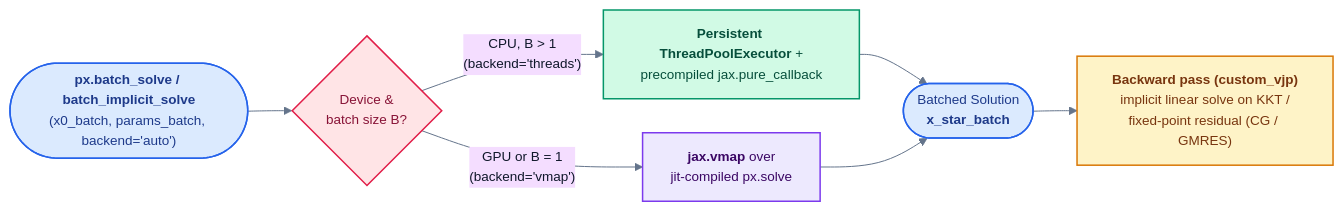
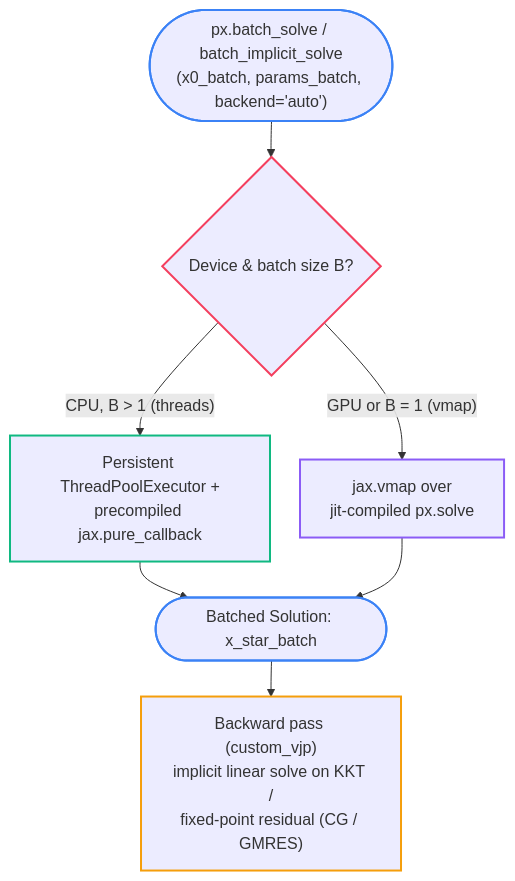
The fourth of 4 diagrams in docs/appendices/software_architecture.md (wwkong/proxax), drawn with Mermaid before and after one commit. The commit also changed other lines of this file and 2 other files, not shown here.

Commit message:
Enable Mermaid pan/zoom and switch Appendix E diagrams to vertical layout

````diff
--- a/docs/appendices/software_architecture.md
+++ b/docs/appendices/software_architecture.md
@@ -166,21 +159,21 @@
 ```{mermaid}
-%%{init: {'theme': 'base', 'flowchart': {'curve': 'basis', 'padding': 14, 'nodeSpacing': 34, 'rankSpacing': 44}, 'themeVariables': {'fontFamily': 'Inter, system-ui, -apple-system, sans-serif', 'fontSize': '13.5px', 'lineColor': '#64748b', 'primaryTextColor': '#0f172a'}}}%%
-flowchart LR
-    classDef io fill:#dbeafe,stroke:#2563eb,color:#1e3a8a,stroke-width:1.5px
-    classDef decision fill:#ffe4e6,stroke:#e11d48,color:#881337,stroke-width:1.5px
-    classDef cpu fill:#d1fae5,stroke:#059669,color:#064e3b,stroke-width:1.5px
-    classDef gpu fill:#ede9fe,stroke:#7c3aed,color:#3b0764,stroke-width:1.5px
-    classDef bwd fill:#fef3c7,stroke:#d97706,color:#78350f,stroke-width:1.5px
+%%{init: {'flowchart': {'curve': 'basis', 'nodeSpacing': 30, 'rankSpacing': 36}}}%%
+flowchart TB
+    classDef io stroke:#3b82f6,stroke-width:2px
+    classDef decision stroke:#f43f5e,stroke-width:2px
+    classDef cpu stroke:#10b981,stroke-width:2px
+    classDef gpu stroke:#8b5cf6,stroke-width:2px
+    classDef bwd stroke:#f59e0b,stroke-width:2px
 
-    B_IN(["<b>px.batch_solve / batch_implicit_solve</b><br/>(x0_batch, params_batch, backend='auto')"]):::io
-    DEV{"Device &<br/>batch size B?"}:::decision
-    THR["<b>Persistent ThreadPoolExecutor</b> +<br/>precompiled jax.pure_callback"]:::cpu
-    VMAP["<b>jax.vmap</b> over<br/>jit-compiled px.solve"]:::gpu
-    FWD(["Batched Solution<br/><b>x_star_batch</b>"]):::io
-    BWD["<b>Backward pass (custom_vjp)</b><br/>implicit linear solve on KKT /<br/>fixed-point residual (CG / GMRES)"]:::bwd
+    B_IN(["px.batch_solve / batch_implicit_solve<br/>(x0_batch, params_batch, backend='auto')"]):::io
+    DEV{"Device & batch size B?"}:::decision
+    THR["Persistent ThreadPoolExecutor +<br/>precompiled jax.pure_callback"]:::cpu
+    VMAP["jax.vmap over<br/>jit-compiled px.solve"]:::gpu
+    FWD(["Batched Solution: x_star_batch"]):::io
+    BWD["Backward pass (custom_vjp)<br/>implicit linear solve on KKT /<br/>fixed-point residual (CG / GMRES)"]:::bwd
 
     B_IN --> DEV
-    DEV -->|"CPU, B > 1<br/>(backend='threads')"| THR --> FWD
-    DEV -->|"GPU or B = 1<br/>(backend='vmap')"| VMAP --> FWD
+    DEV -->|"CPU, B > 1 (threads)"| THR --> FWD
+    DEV -->|"GPU or B = 1 (vmap)"| VMAP --> FWD
     FWD --> BWD
 ```
````
